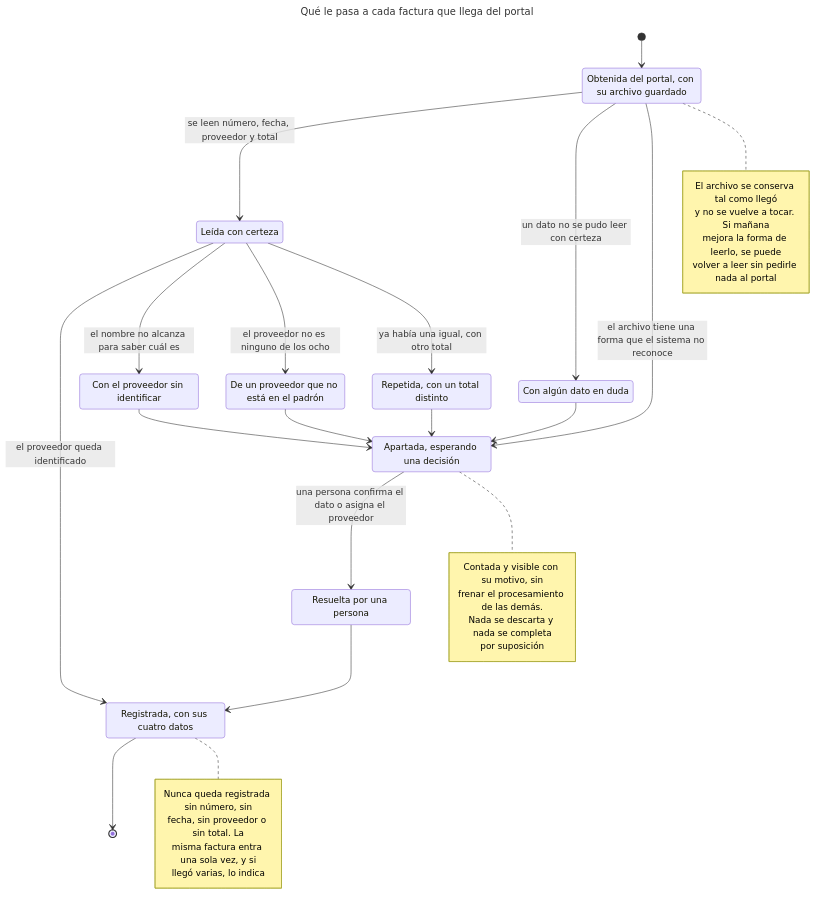
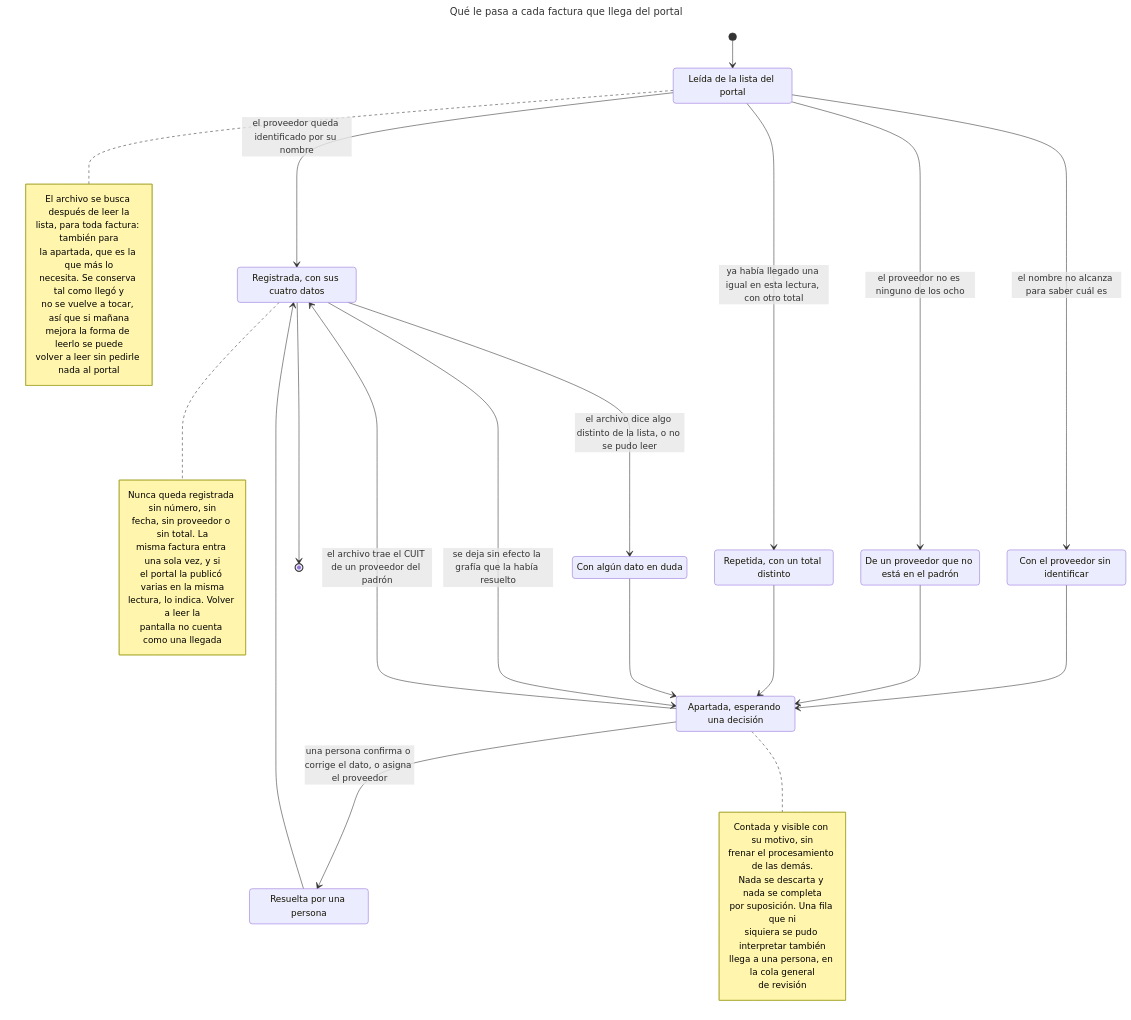
The first of 7 diagrams in docs/specs/004-invoices-suppliers/diagrams/README.md (leandrocarriego/prueba-tecnica-fde-archytas), drawn with Mermaid before and after one commit. The commit also changed other lines of this file and 9 other files, not shown here.

````diff
--- a/docs/specs/004-invoices-suppliers/diagrams/README.md
+++ b/docs/specs/004-invoices-suppliers/diagrams/README.md
@@ -12,55 +12,62 @@
 ```mermaid
 ---
 title: Qué le pasa a cada factura que llega del portal
 ---
 stateDiagram-v2
-    state "Obtenida del portal, con su archivo guardado" as Obtenida
-    state "Leída con certeza" as Leida
-    state "Con algún dato en duda" as Dudosa
+    state "Leída de la lista del portal" as Leida
+    state "Registrada, con sus cuatro datos" as Registrada
     state "Con el proveedor sin identificar" as SinProveedor
     state "De un proveedor que no está en el padrón" as FueraDelPadron
     state "Repetida, con un total distinto" as Discrepante
+    state "Con algún dato en duda" as Dudosa
     state "Apartada, esperando una decisión" as Apartada
     state "Resuelta por una persona" as Resuelta
-    state "Registrada, con sus cuatro datos" as Registrada
 
-    [*] --> Obtenida
-    Obtenida --> Leida: se leen número, fecha, proveedor y total
-    Obtenida --> Dudosa: un dato no se pudo leer con certeza
-    Obtenida --> Apartada: el archivo tiene una forma que el sistema no reconoce
-
-    Leida --> Registrada: el proveedor queda identificado
+    [*] --> Leida
+    Leida --> Registrada: el proveedor queda identificado por su nombre
     Leida --> SinProveedor: el nombre no alcanza para saber cuál es
     Leida --> FueraDelPadron: el proveedor no es ninguno de los ocho
-    Leida --> Discrepante: ya había una igual, con otro total
+    Leida --> Discrepante: ya había llegado una igual en esta lectura, con otro total
 
-    Dudosa --> Apartada
     SinProveedor --> Apartada
     FueraDelPadron --> Apartada
     Discrepante --> Apartada
 
-    Apartada --> Resuelta: una persona confirma el dato o asigna el proveedor
+    Registrada --> Dudosa: el archivo dice algo distinto de la lista, o no se pudo leer
+    Dudosa --> Apartada
+
+    Apartada --> Registrada: el archivo trae el CUIT de un proveedor del padrón
+    Apartada --> Resuelta: una persona confirma o corrige el dato, o asigna el proveedor
     Resuelta --> Registrada
+    Registrada --> Apartada: se deja sin efecto la grafía que la había resuelto
     Registrada --> [*]
 
-    note right of Obtenida
-        El archivo se conserva tal como llegó
-        y no se vuelve a tocar. Si mañana
-        mejora la forma de leerlo, se puede
+    note right of Leida
+        El archivo se busca después de leer la
+        lista, para toda factura: también para
+        la apartada, que es la que más lo
+        necesita. Se conserva tal como llegó y
+        no se vuelve a tocar, así que si mañana
+        mejora la forma de leerlo se puede
         volver a leer sin pedirle nada al portal
     end note
 
     note right of Apartada
         Contada y visible con su motivo, sin
         frenar el procesamiento de las demás.
         Nada se descarta y nada se completa
-        por suposición
+        por suposición. Una fila que ni
+        siquiera se pudo interpretar también
+        llega a una persona, en la cola general
+        de revisión
     end note
 
     note right of Registrada
         Nunca queda registrada sin número, sin
         fecha, sin proveedor o sin total. La
         misma factura entra una sola vez, y si
-        llegó varias, lo indica
+        el portal la publicó varias en la misma
+        lectura, lo indica. Volver a leer la
+        pantalla no cuenta como una llegada
     end note
 ```
````
